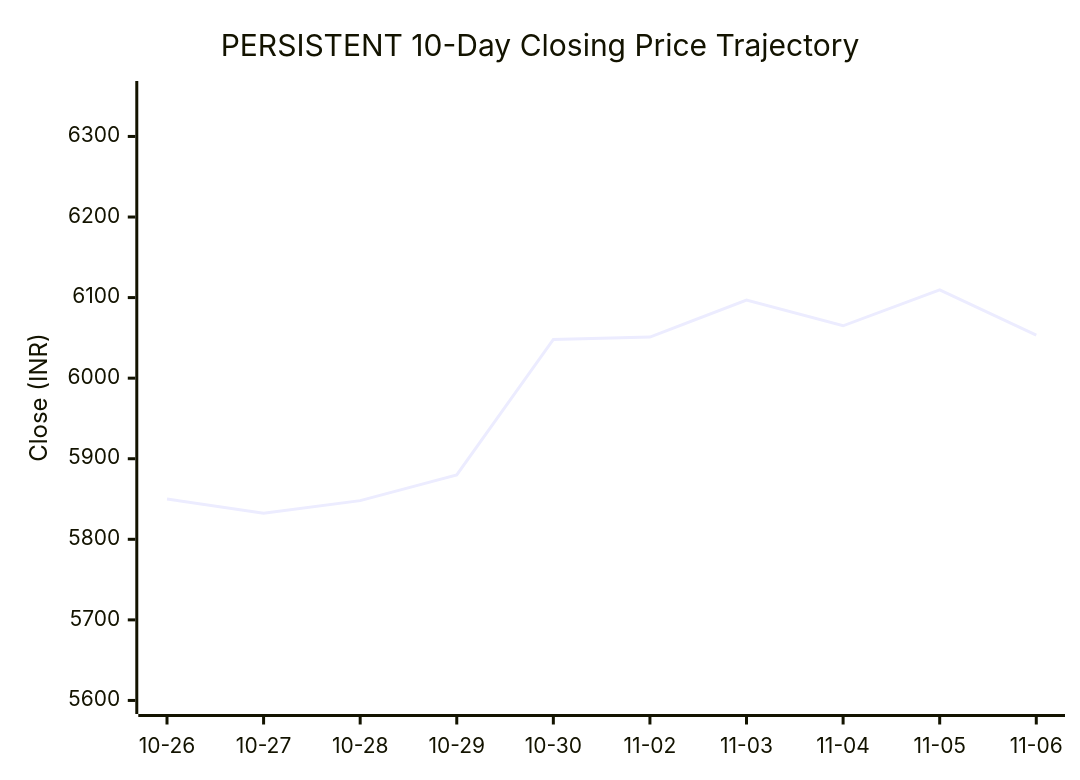
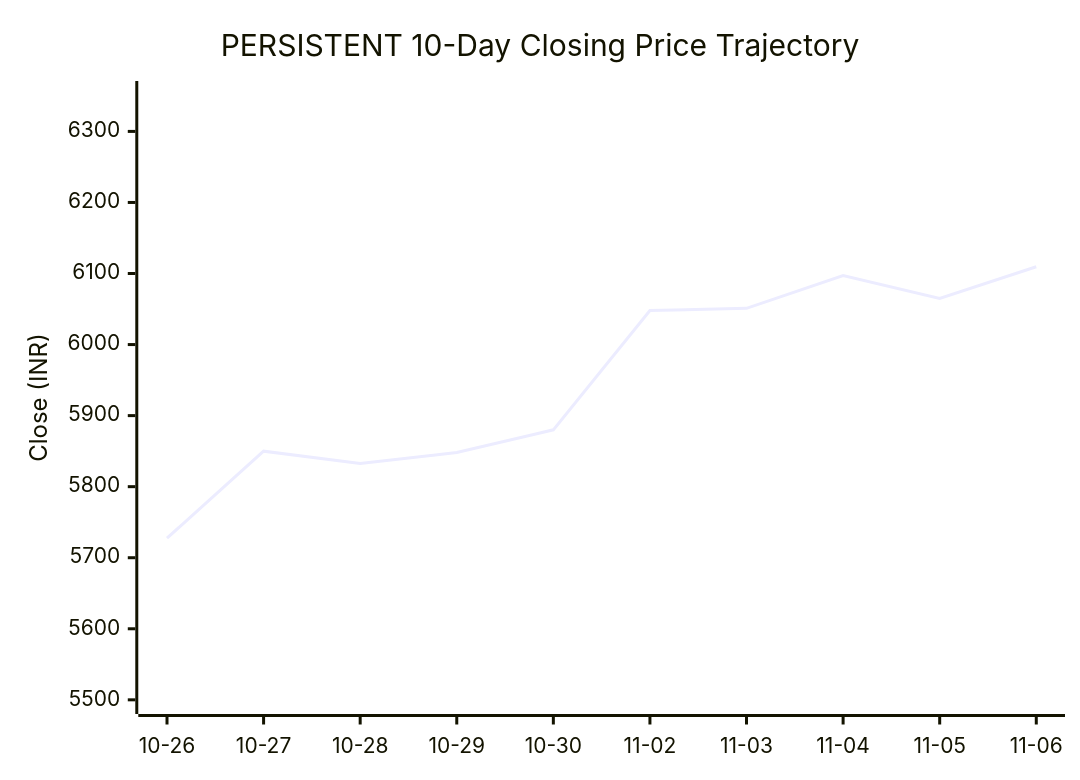
One commit to purnareddy9/dev changed the second of 3 diagrams in market-intelligence/stocks/PERSISTENT/history/2026-11-06.md. Above: the diagram before and after it, drawn with Mermaid. The commit also changed other lines of this file and 3 other files, not shown here.

````diff
--- a/market-intelligence/stocks/PERSISTENT/history/2026-11-06.md
+++ b/market-intelligence/stocks/PERSISTENT/history/2026-11-06.md
@@ -95,7 +95,7 @@
 ```mermaid
 xychart-beta
     title "PERSISTENT 10-Day Closing Price Trajectory"
     x-axis ["10-26", "10-27", "10-28", "10-29", "10-30", "11-02", "11-03", "11-04", "11-05", "11-06"]
-    y-axis "Close (INR)" 5599 --> 6353
-    line [5850.0, 5832.5, 5848.0, 5880.0, 6048.0, 6051.0, 6097.0, 6065.0, 6109.5, 6053.5]
+    y-axis "Close (INR)" 5498 --> 6353
+    line [5727.5, 5850.0, 5832.5, 5848.0, 5880.0, 6048.0, 6051.0, 6097.0, 6065.0, 6109.5]
 ```
````
